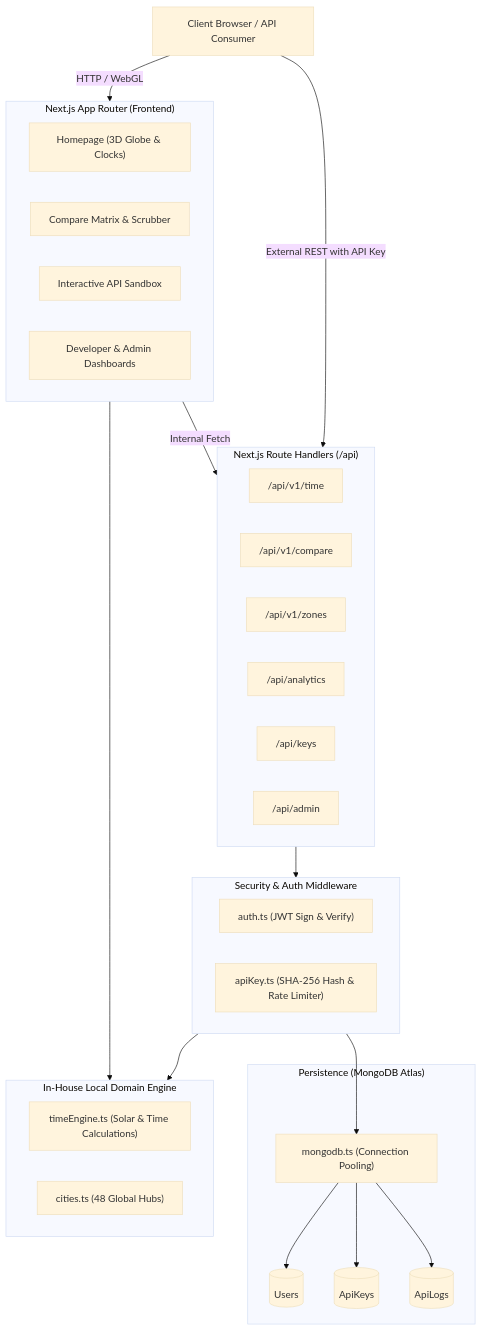
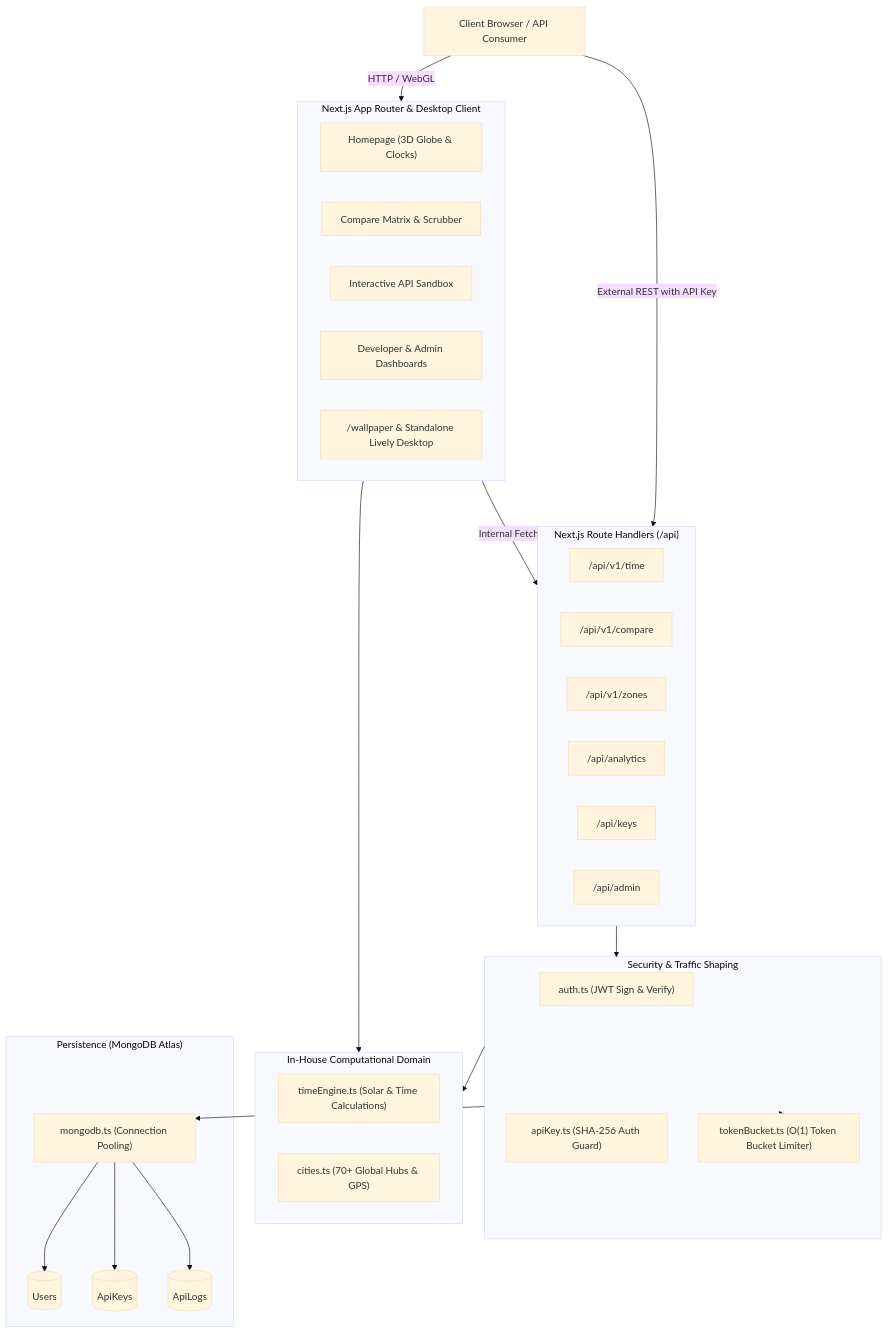
The diagram in README.md (Tech-Genkai/TimeOrbit), drawn with Mermaid (base theme) before and after one commit. The commit also changed other lines of this file and 25 other files, not shown here.

````diff
--- a/README.md
+++ b/README.md
@@ -95,49 +113,52 @@
 ```mermaid
 flowchart TD
     Client["Client Browser / API Consumer"]
 
-    subgraph Frontend["Next.js App Router (Frontend)"]
+    subgraph Frontend["Next.js App Router & Desktop Client"]
         UI_Home["Homepage (3D Globe & Clocks)"]
         UI_Compare["Compare Matrix & Scrubber"]
         UI_Docs["Interactive API Sandbox"]
         UI_Dash["Developer & Admin Dashboards"]
+        UI_Wallpaper["/wallpaper & Standalone Lively Desktop"]
     end
 
-    subgraph CoreEngine["In-House Local Domain Engine"]
+    subgraph CoreEngine["In-House Computational Domain"]
         TimeEngine["timeEngine.ts (Solar & Time Calculations)"]
-        CityData["cities.ts (48 Global Hubs)"]
+        CityData["cities.ts (70+ Global Hubs & GPS)"]
     end
 
     subgraph APIRoutes["Next.js Route Handlers (/api)"]
         APITime["/api/v1/time"]
         APICompare["/api/v1/compare"]
         APIZones["/api/v1/zones"]
         APIAnalytics["/api/analytics"]
         APIKeys["/api/keys"]
         APIAdmin["/api/admin"]
     end
 
-    subgraph SecurityMiddleware["Security & Auth Middleware"]
+    subgraph SecurityMiddleware["Security & Traffic Shaping"]
         AuthModule["auth.ts (JWT Sign & Verify)"]
-        KeyModule["apiKey.ts (SHA-256 Hash & Rate Limiter)"]
+        KeyModule["apiKey.ts (SHA-256 Auth Guard)"]
+        TokenBucketEngine["tokenBucket.ts (O(1) Token Bucket Limiter)"]
     end
 
     subgraph DatabaseLayer["Persistence (MongoDB Atlas)"]
         MongooseConn["mongodb.ts (Connection Pooling)"]
         DB_Users[("Users")]
         DB_Keys[("ApiKeys")]
         DB_Logs[("ApiLogs")]
     end
 
     Client -->|HTTP / WebGL| Frontend
     Frontend --> CoreEngine
     Frontend -->|Internal Fetch| APIRoutes
     Client -->|External REST with API Key| APIRoutes
 
     APIRoutes --> SecurityMiddleware
+    SecurityMiddleware --> TokenBucketEngine
     SecurityMiddleware --> CoreEngine
     SecurityMiddleware --> MongooseConn
     MongooseConn --> DB_Users
     MongooseConn --> DB_Keys
     MongooseConn --> DB_Logs
 ```
````
